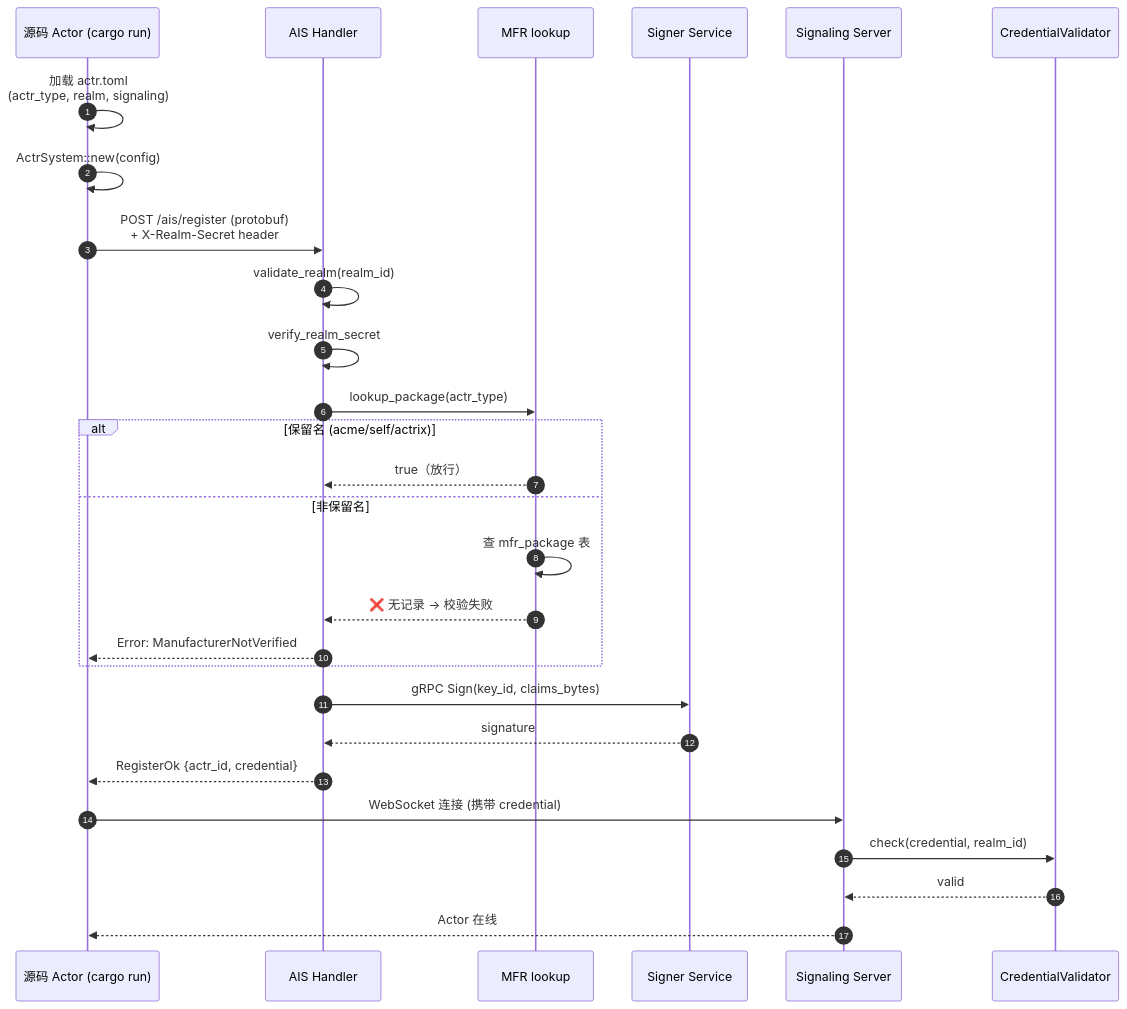
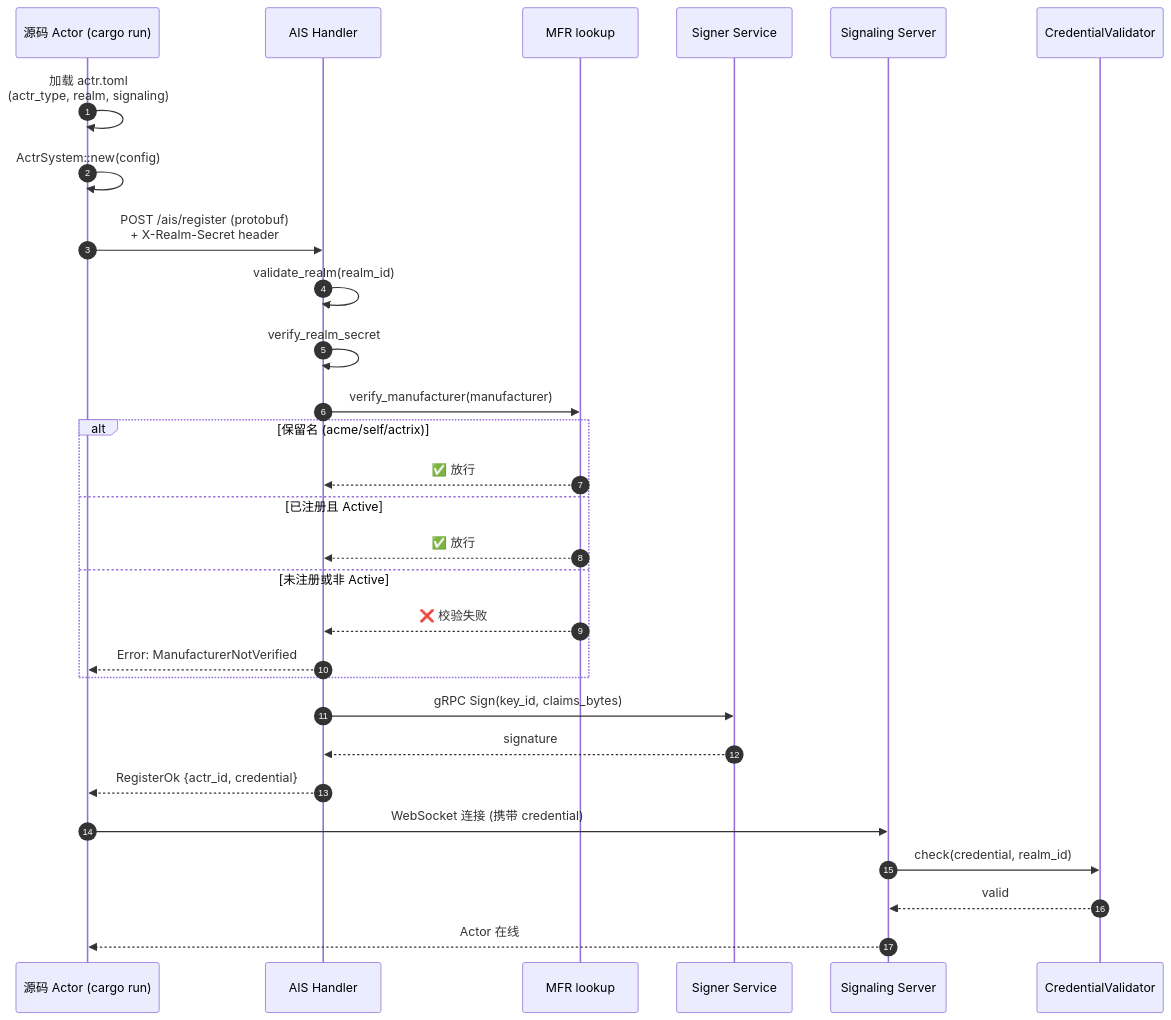
Before and after one commit to Actrium/actr: the ninth of 9 diagrams in docs/actr-sign-sequence-diagram.zh.md, drawn with Mermaid. The commit also changed other lines of this file and 1 other file, not shown here.

Commit message:
docs: update known issues with verify_manufacturer, package distribution, and solutions

````diff
--- a/docs/actr-sign-sequence-diagram.zh.md
+++ b/docs/actr-sign-sequence-diagram.zh.md
@@ -310,31 +314,32 @@
 ```mermaid
 sequenceDiagram
     autonumber
     participant App as 源码 Actor (cargo run)
     participant AIS as AIS Handler
     participant MFR as MFR lookup
     participant Signer as Signer Service
     participant Signaling as Signaling Server
     participant Validator as CredentialValidator
 
     App->>App: 加载 actr.toml<br/>(actr_type, realm, signaling)
     App->>App: ActrSystem::new(config)
     App->>AIS: POST /ais/register (protobuf)<br/>+ X-Realm-Secret header
     AIS->>AIS: validate_realm(realm_id)
     AIS->>AIS: verify_realm_secret
-    AIS->>MFR: lookup_package(actr_type)
+    AIS->>MFR: verify_manufacturer(manufacturer)
     alt 保留名 (acme/self/actrix)
-        MFR-->>AIS: true（放行）
-    else 非保留名
-        MFR->>MFR: 查 mfr_package 表
-        MFR-->>AIS: ❌ 无记录 → 校验失败
+        MFR-->>AIS: ✅ 放行
+    else 已注册且 Active
+        MFR-->>AIS: ✅ 放行
+    else 未注册或非 Active
+        MFR-->>AIS: ❌ 校验失败
         AIS-->>App: Error: ManufacturerNotVerified
     end
     AIS->>Signer: gRPC Sign(key_id, claims_bytes)
     Signer-->>AIS: signature
     AIS-->>App: RegisterOk {actr_id, credential}
     App->>Signaling: WebSocket 连接 (携带 credential)
     Signaling->>Validator: check(credential, realm_id)
     Validator-->>Signaling: valid
     Signaling-->>App: Actor 在线
 ```
````
